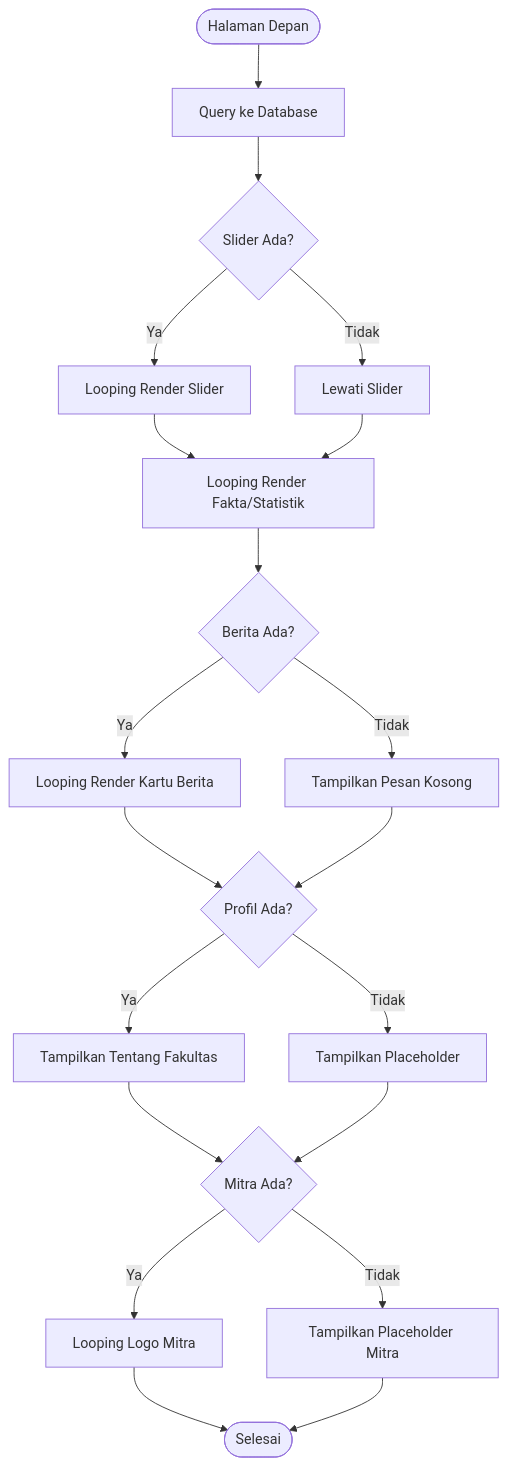
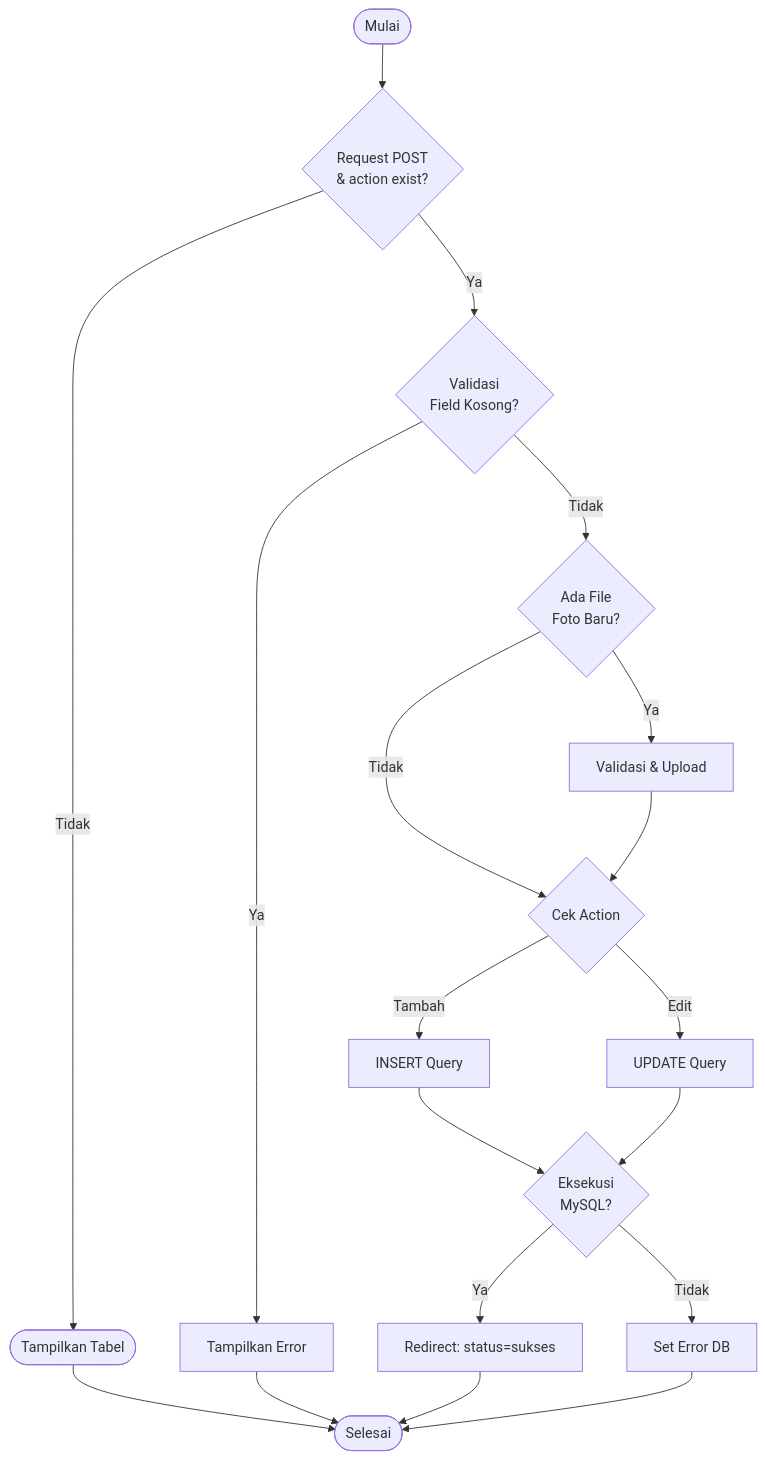
One commit to arbain-dev/Web_fikom changed the fifth of 6 diagrams in docs/07_PENGUJIAN_WHITE_BOX.md. Above: the diagram before and after it, drawn with Mermaid. The commit also changed other lines of this file, not shown here.

Commit message:
Redesign Flowchart, Flowgraph, and Statement Mapping for White Box report (Login, Pendaftaran, Dosen) to match image template

````diff
--- a/docs/07_PENGUJIAN_WHITE_BOX.md
+++ b/docs/07_PENGUJIAN_WHITE_BOX.md
@@ -45,18 +175,17 @@
 ```mermaid
 flowchart TD
-    A([Halaman Depan]) --> B[Query ke Database]
-    B --> C{Slider Ada?}
-    C -- Ya --> D[Looping Render Slider]
-    C -- Tidak --> E[Lewati Slider]
-    D & E --> F[Looping Render Fakta/Statistik]
-    F --> G{Berita Ada?}
-    G -- Ya --> H[Looping Render Kartu Berita]
-    G -- Tidak --> I[Tampilkan Pesan Kosong]
-    H & I --> J{Profil Ada?}
-    J -- Ya --> K[Tampilkan Tentang Fakultas]
-    J -- Tidak --> L[Tampilkan Placeholder]
-    K & L --> M{Mitra Ada?}
-    M -- Ya --> N[Looping Logo Mitra]
-    M -- Tidak --> O[Tampilkan Placeholder Mitra]
-    N & O --> P([Selesai])
+    A([Mulai]) --> B{Request POST\n& action exist?}
+    B -- Tidak --> C([Tampilkan Tabel])
+    B -- Ya --> D{Validasi\nField Kosong?}
+    D -- Ya --> E[Tampilkan Error]
+    D -- Tidak --> F{Ada File\nFoto Baru?}
+    F -- Ya --> G[Validasi & Upload]
+    F -- Tidak --> H{Cek Action}
+    G --> H
+    H -- Tambah --> I[INSERT Query]
+    H -- Edit --> J[UPDATE Query]
+    I & J --> K{Eksekusi\nMySQL?}
+    K -- Ya --> L[Redirect: status=sukses]
+    K -- Tidak --> M[Set Error DB]
+    C & E & L & M --> N([Selesai])
 ```
````
